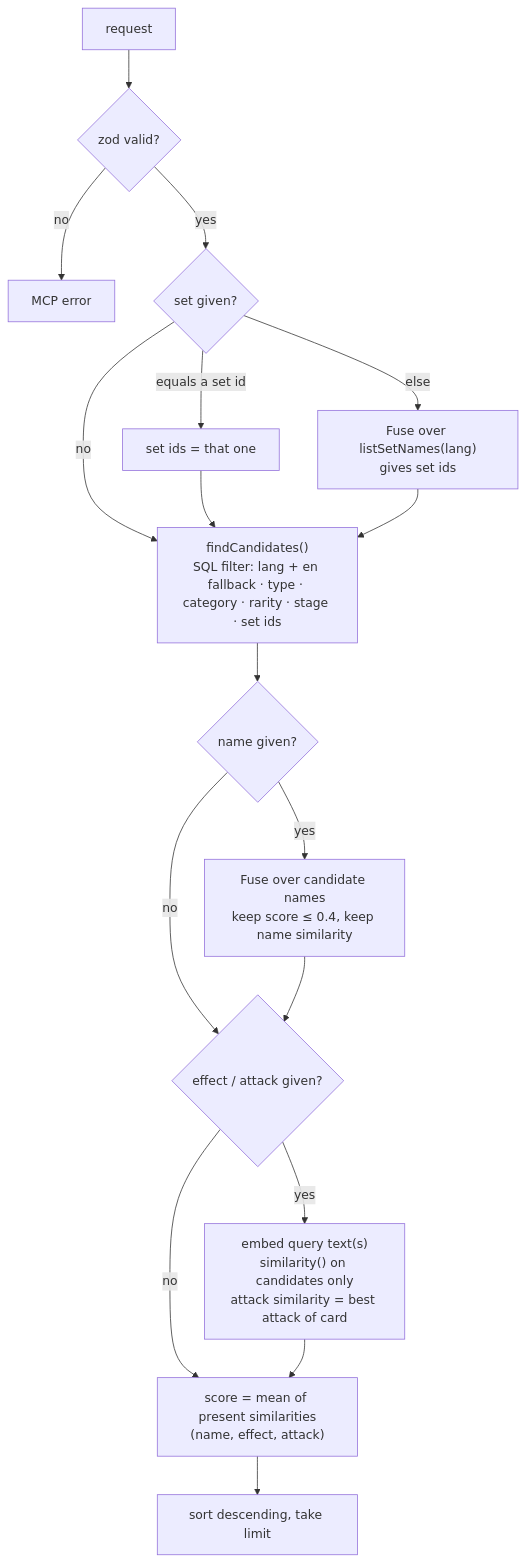
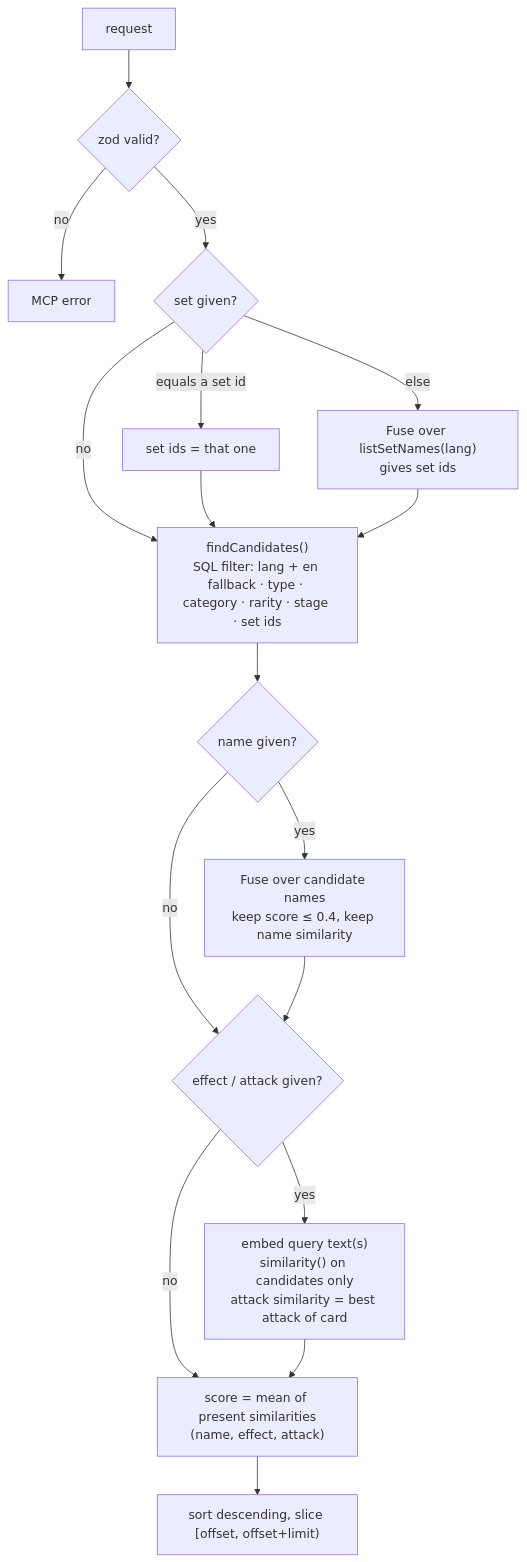
The seventh of 8 diagrams in DESIGN.md (janthoXO/pokemon-tcg-pocket-mcp), drawn with Mermaid before and after one commit. The commit also changed other lines of this file and 4 other files, not shown here.

````diff
--- a/DESIGN.md
+++ b/DESIGN.md
@@ -573,20 +574,20 @@
 ```mermaid
 flowchart TD
     Q[request] --> V{zod valid?}
     V -- no --> ERR[MCP error]
     V -- yes --> SET{set given?}
     SET -- "equals a set id" --> IDS[set ids = that one]
     SET -- "else" --> FS["Fuse over listSetNames(lang)<br/>gives set ids"]
     SET -- no --> F1
     IDS --> F1
     FS --> F1
     F1["findCandidates()<br/>SQL filter: lang + en fallback · type · category · rarity · stage · set ids"]
     F1 --> N{name given?}
     N -- yes --> F4["Fuse over candidate names<br/>keep score ≤ 0.4, keep name similarity"]
     N -- no --> SEM
     F4 --> SEM
     SEM{effect / attack given?} -- yes --> EMB["embed query text(s)<br/>similarity() on candidates only<br/>attack similarity = best attack of card"]
     SEM -- no --> R
     EMB --> R["score = mean of present similarities<br/>(name, effect, attack)"]
-    R --> OUT[sort descending, take limit]
+    R --> OUT["sort descending, slice [offset, offset+limit)"]
 ```
````
